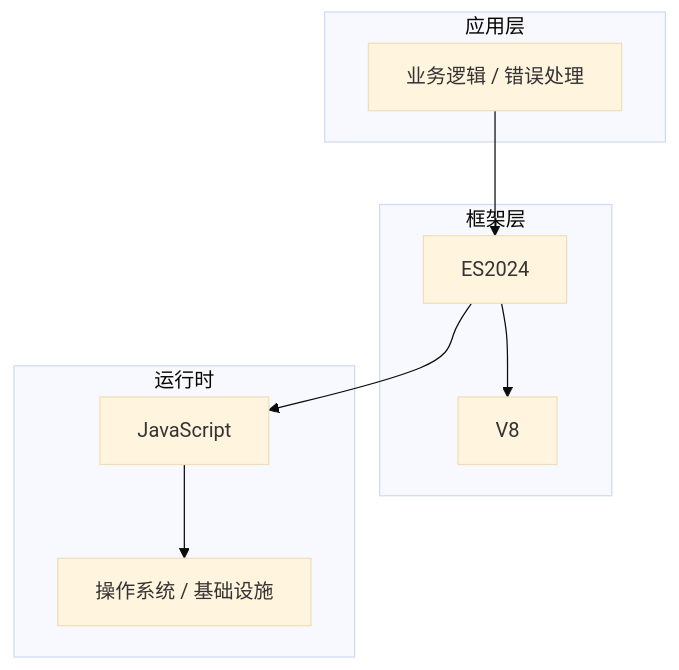
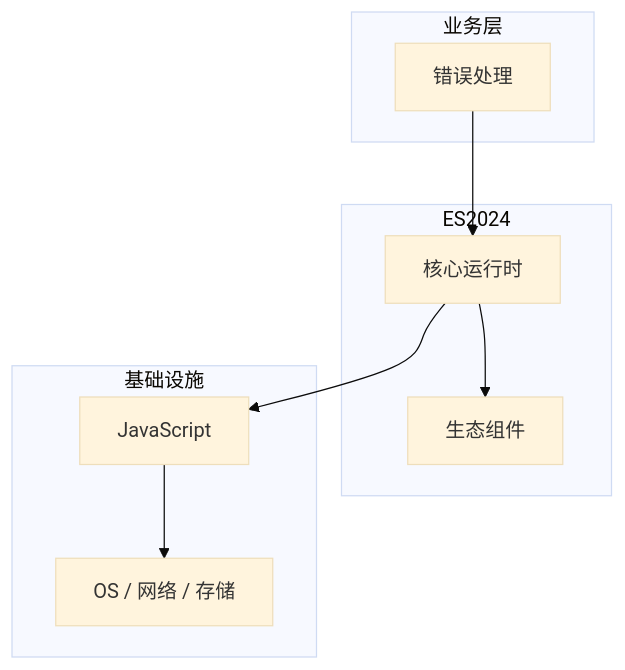
The diagram in articles/JavaScript核心/chapters/179-错误处理核心概念与原理.md (yanggan2015/knowledge-json-v2), drawn with Mermaid (base theme) before and after one commit. The commit also changed other lines of this file and 10127 other files, not shown here.

````diff
--- a/articles/JavaScript核心/chapters/179-错误处理核心概念与原理.md
+++ b/articles/JavaScript核心/chapters/179-错误处理核心概念与原理.md
@@ -45,18 +34,18 @@
 ```mermaid
 graph TB
-    subgraph 应用层
-        A[业务逻辑 / 错误处理]
+    subgraph 业务层
+        A[错误处理]
     end
-    subgraph 框架层
-        B[ES2024]
-        C[V8]
+    subgraph ES2024
+        B[核心运行时]
+        C[生态组件]
     end
-    subgraph 运行时
+    subgraph 基础设施
         D[JavaScript]
-        E[操作系统 / 基础设施]
+        E[OS / 网络 / 存储]
     end
     A --> B
     B --> C
     B --> D
     D --> E
 ```
````
